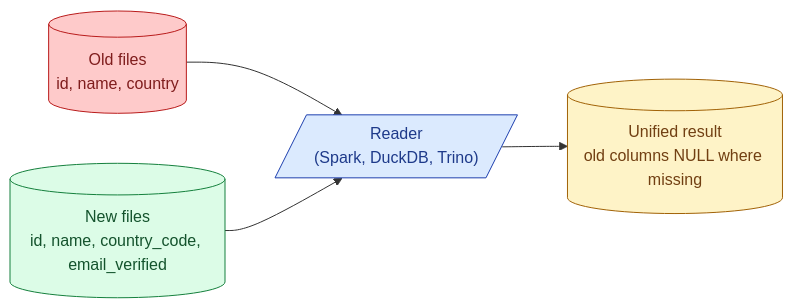
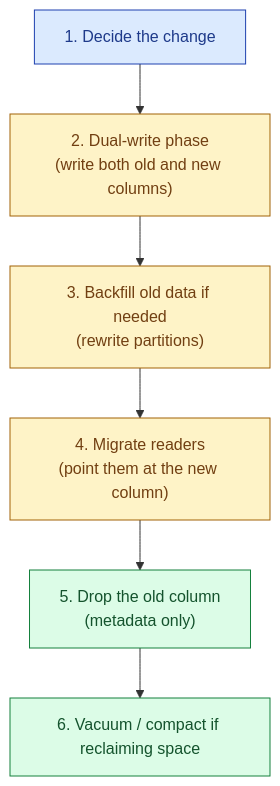
Before and after one commit to shiningflash/shiningflash.github.io: the third of 3 diagrams in _de_concepts/022-schema-evolution.md, drawn with Mermaid. The commit also changed other lines of this file and 69 other files, not shown here.

````diff
--- a/_de_concepts/022-schema-evolution.md
+++ b/_de_concepts/022-schema-evolution.md
@@ -12,14 +146,13 @@
 ```mermaid
-flowchart LR
-    Old[("Old files<br/>id, name, country")]:::o
-    New[("New files<br/>id, name, country_code, email_verified")]:::n
-    Read[/"Reader<br/>(Spark, DuckDB, Trino)"/]:::r
-    Old --> Read
-    New --> Read
-    Read --> Out[("Unified result<br/>old columns NULL where missing")]:::g
+flowchart TB
+    Plan["1. Decide the change"]:::a
+    Plan --> Dual["2. Dual-write phase<br/>(write both old and new columns)"]:::y
+    Dual --> Back["3. Backfill old data if needed<br/>(rewrite partitions)"]:::y
+    Back --> Mig["4. Migrate readers<br/>(point them at the new column)"]:::y
+    Mig --> Drop["5. Drop the old column<br/>(metadata only)"]:::g
+    Drop --> Vac["6. Vacuum / compact if reclaiming space"]:::g
 
-    classDef o fill:#fecaca,stroke:#b91c1c,color:#7f1d1d
-    classDef n fill:#dcfce7,stroke:#15803d,color:#14532d
-    classDef r fill:#dbeafe,stroke:#1e40af,color:#1e3a8a
-    classDef g fill:#fef3c7,stroke:#a16207,color:#713f12
+    classDef a fill:#dbeafe,stroke:#1e40af,color:#1e3a8a
+    classDef y fill:#fef3c7,stroke:#a16207,color:#713f12
+    classDef g fill:#dcfce7,stroke:#15803d,color:#14532d
 ```
````
